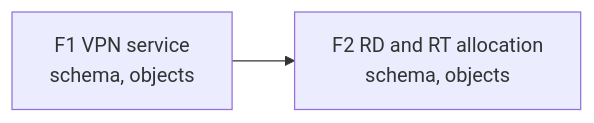
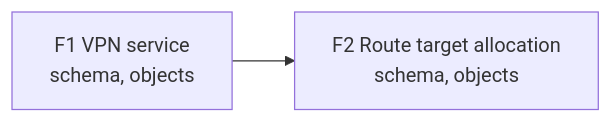
One commit to opsmill/infrahub-skills changed the first of 2 diagrams in docs/docs/skills-reference/designing-models.mdx. Above: the diagram before and after it, drawn with Mermaid. The commit also changed other lines of this file, not shown here.

First line of the commit message:
docs(designing-models): build the route distinguisher pool in F1 so F1 delivers the lead value

````diff
--- a/docs/docs/skills-reference/designing-models.mdx
+++ b/docs/docs/skills-reference/designing-models.mdx
@@ -230,8 +231,8 @@
 ```mermaid
 graph LR
   F1["F1 VPN service
   schema, objects"]
-  F2["F2 RD and RT allocation
+  F2["F2 Route target allocation
   schema, objects"]
   F1 --> F2
 ```
````
